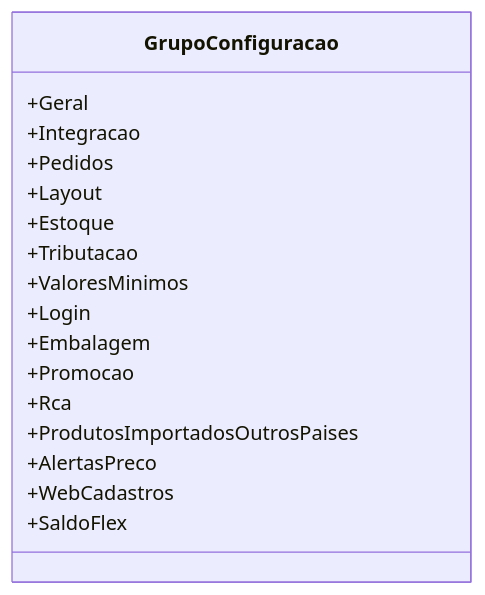
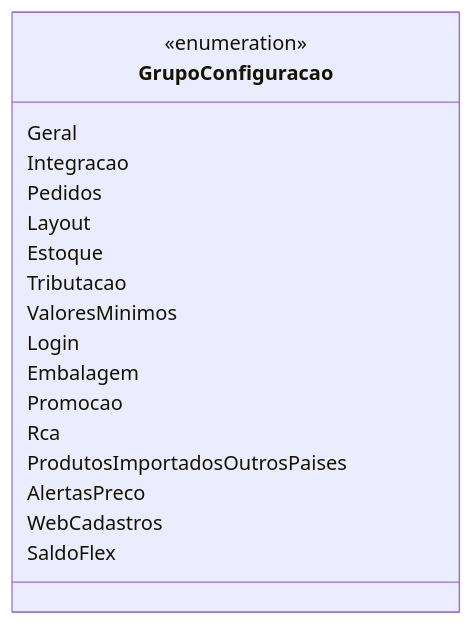
The diagram in docs/b2b-dominio/IsthmusWinthor.Nucleo/IsthmusWinthor.Dominio/Enumeradores/GrupoConfiguracao.md (IsthmusSistemas/documentacao-tecnica), drawn with Mermaid before and after one commit. The commit also changed other lines of this file and 882 other files, not shown here.

````diff
--- a/docs/b2b-dominio/IsthmusWinthor.Nucleo/IsthmusWinthor.Dominio/Enumeradores/GrupoConfiguracao.md
+++ b/docs/b2b-dominio/IsthmusWinthor.Nucleo/IsthmusWinthor.Dominio/Enumeradores/GrupoConfiguracao.md
@@ -15,20 +22,21 @@
 ```mermaid
 classDiagram
     class GrupoConfiguracao {
-        +Geral
-        +Integracao
-        +Pedidos
-        +Layout
-        +Estoque
-        +Tributacao
-        +ValoresMinimos
-        +Login
-        +Embalagem
-        +Promocao
-        +Rca
-        +ProdutosImportadosOutrosPaises
-        +AlertasPreco
-        +WebCadastros
-        +SaldoFlex
+        <<enumeration>>
+        Geral
+        Integracao
+        Pedidos
+        Layout
+        Estoque
+        Tributacao
+        ValoresMinimos
+        Login
+        Embalagem
+        Promocao
+        Rca
+        ProdutosImportadosOutrosPaises
+        AlertasPreco
+        WebCadastros
+        SaldoFlex
     }
 ```
````
